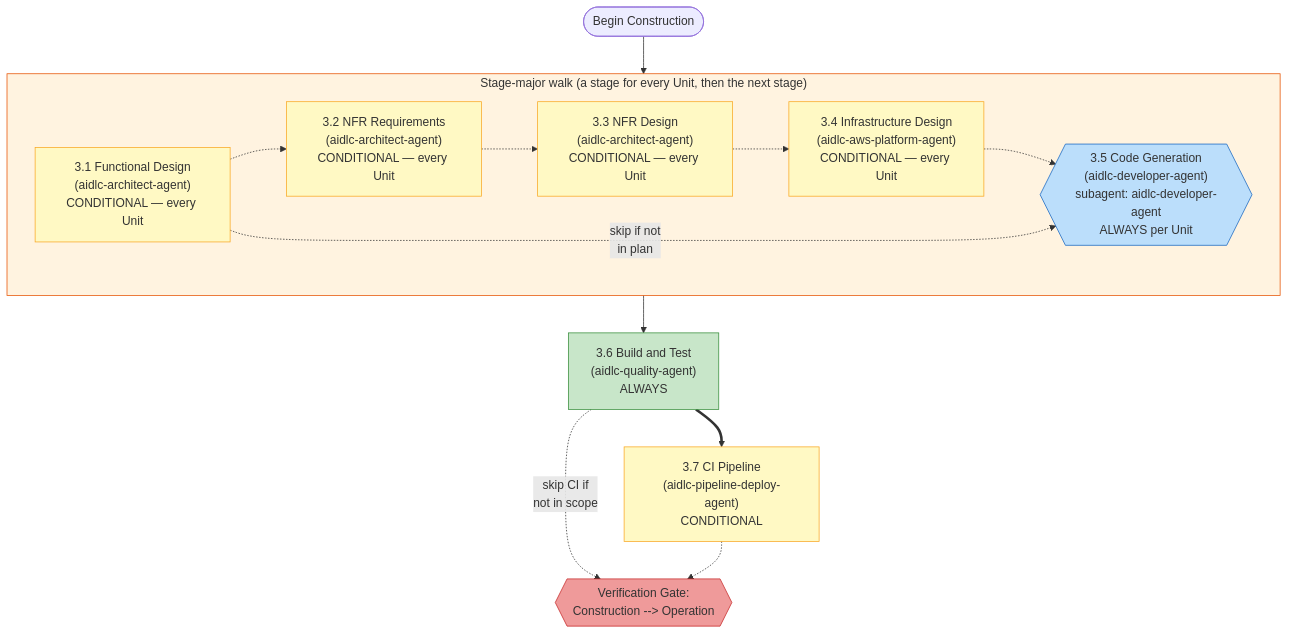
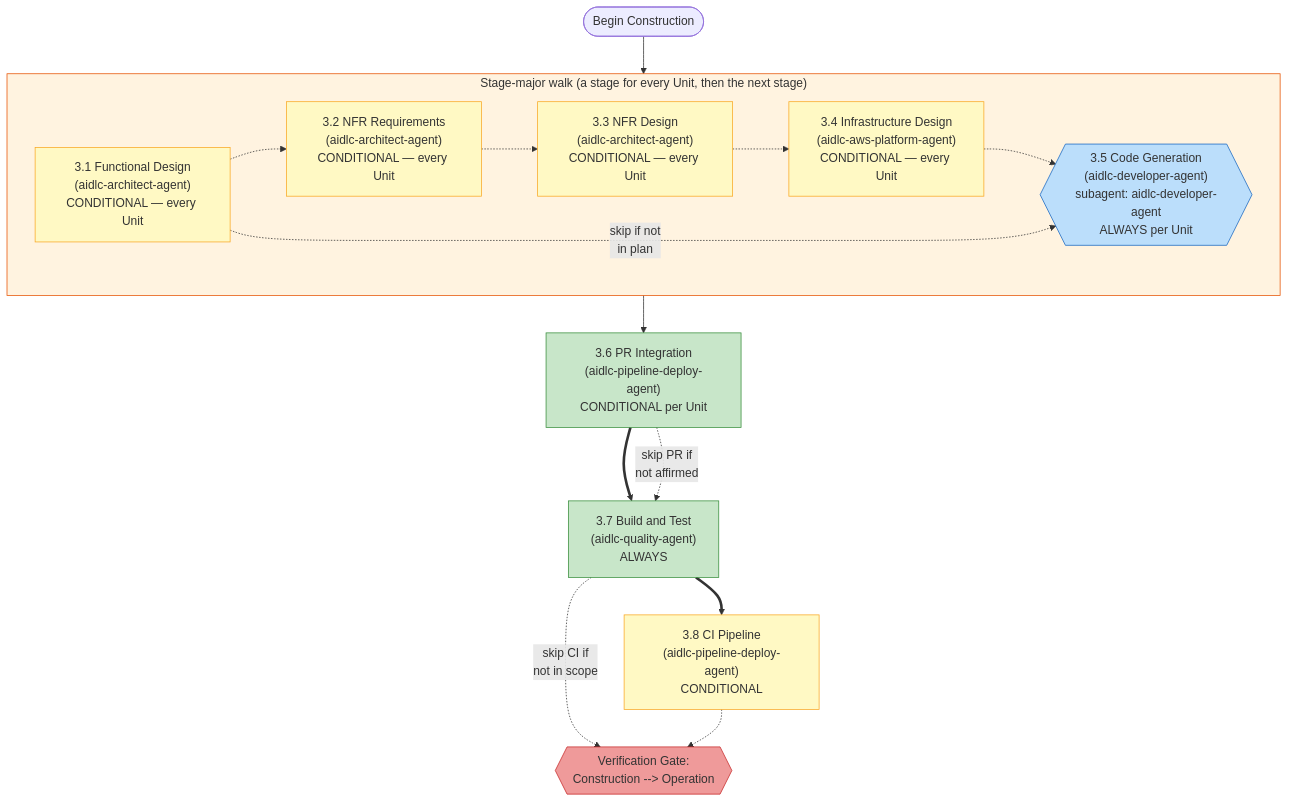
One commit to awslabs/aidlc-workflows changed the fourth of 12 diagrams in docs/reference/diagrams.md. Above: the diagram before and after it, drawn with Mermaid. The commit also changed other lines of this file and 304 other files, not shown here.

````diff
--- a/docs/reference/diagrams.md
+++ b/docs/reference/diagrams.md
@@ -170,39 +170,43 @@
 ```mermaid
 flowchart TD
     START(["Begin Construction"])
 
     subgraph PER_STAGE["Stage-major walk (a stage for every Unit, then the next stage)"]
         S31["3.1 Functional Design\n(aidlc-architect-agent)\nCONDITIONAL — every Unit"]
         S32["3.2 NFR Requirements\n(aidlc-architect-agent)\nCONDITIONAL — every Unit"]
         S33["3.3 NFR Design\n(aidlc-architect-agent)\nCONDITIONAL — every Unit"]
         S34["3.4 Infrastructure Design\n(aidlc-aws-platform-agent)\nCONDITIONAL — every Unit"]
         S35{{"3.5 Code Generation\n(aidlc-developer-agent)\nsubagent: aidlc-developer-agent\nALWAYS per Unit"}}
 
         S31 -.-> S32
         S32 -.-> S33
         S33 -.-> S34
         S34 -.-> S35
         S31 -.->|"skip if not\nin plan"| S35
     end
 
     START --> PER_STAGE
     PER_STAGE --> S36
 
-    S36["3.6 Build and Test\n(aidlc-quality-agent)\nALWAYS"]
-    S37["3.7 CI Pipeline\n(aidlc-pipeline-deploy-agent)\nCONDITIONAL"]
+    S36["3.6 PR Integration\n(aidlc-pipeline-deploy-agent)\nCONDITIONAL per Unit"]
+    S37["3.7 Build and Test\n(aidlc-quality-agent)\nALWAYS"]
+    S38["3.8 CI Pipeline\n(aidlc-pipeline-deploy-agent)\nCONDITIONAL"]
     VG3{{"Verification Gate:\nConstruction --> Operation"}}
 
     S36 ==> S37
-    S36 -.->|"skip CI if\nnot in scope"| VG3
-    S37 -.-> VG3
+    S36 -.->|"skip PR if\nnot affirmed"| S37
+    S37 ==> S38
+    S37 -.->|"skip CI if\nnot in scope"| VG3
+    S38 -.-> VG3
 
     style PER_STAGE fill:#fff3e0,stroke:#e65100
     style S35 fill:#bbdefb,stroke:#1565c0
     style S31 fill:#fff9c4,stroke:#f9a825
     style S32 fill:#fff9c4,stroke:#f9a825
     style S33 fill:#fff9c4,stroke:#f9a825
     style S34 fill:#fff9c4,stroke:#f9a825
     style S36 fill:#c8e6c9,stroke:#388e3c
-    style S37 fill:#fff9c4,stroke:#f9a825
+    style S37 fill:#c8e6c9,stroke:#388e3c
+    style S38 fill:#fff9c4,stroke:#f9a825
     style VG3 fill:#ef9a9a,stroke:#c62828
 ```
````
